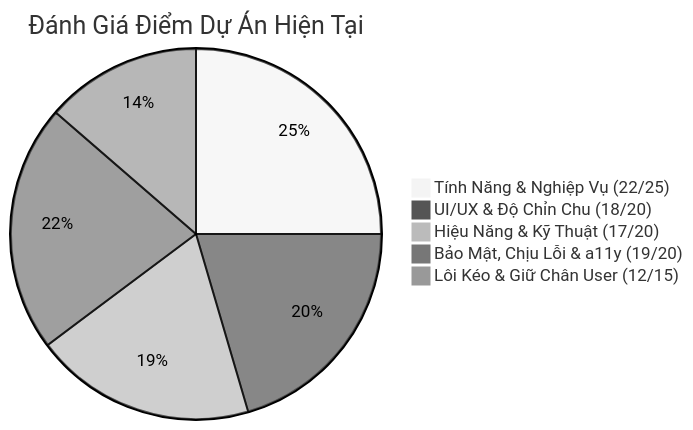
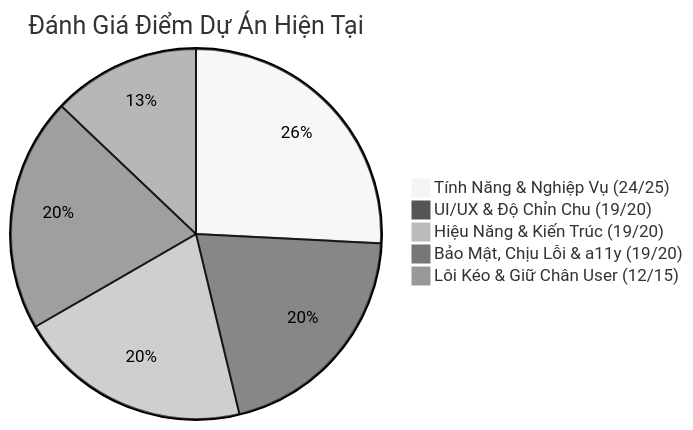
The diagram in PROJECT_GAPS.md (LNTienDat/student-life-hub), drawn with Mermaid (neutral theme) before and after one commit. The commit also changed other lines of this file and 35 other files, not shown here.

````diff
--- a/PROJECT_GAPS.md
+++ b/PROJECT_GAPS.md
@@ -10,8 +11,8 @@
 ```mermaid
 pie title Đánh Giá Điểm Dự Án Hiện Tại
-    "Tính Năng & Nghiệp Vụ (22/25)" : 22
-    "UI/UX & Độ Chỉn Chu (18/20)" : 18
-    "Hiệu Năng & Kỹ Thuật (17/20)" : 17
+    "Tính Năng & Nghiệp Vụ (24/25)" : 24
+    "UI/UX & Độ Chỉn Chu (19/20)" : 19
+    "Hiệu Năng & Kiến Trúc (19/20)" : 19
     "Bảo Mật, Chịu Lỗi & a11y (19/20)" : 19
     "Lôi Kéo & Giữ Chân User (12/15)" : 12
 ```
````
